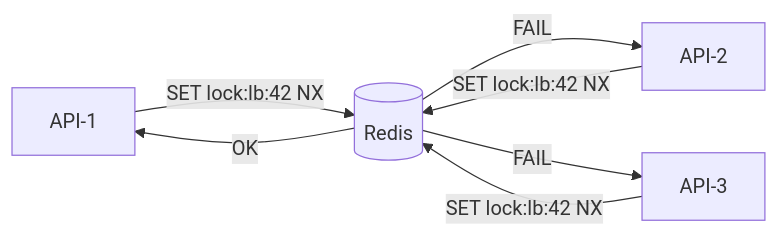
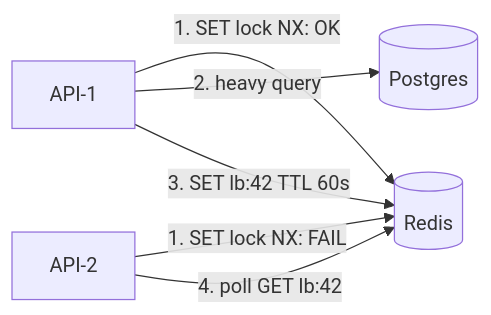
One commit to aaryan-pradhan/core-cs-fundamentals changed the diagram in hld/11-cache-patterns-and-problems.md. Above: the diagram before and after it, drawn with Mermaid. The commit also changed other lines of this file, not shown here.

````diff
--- a/hld/11-cache-patterns-and-problems.md
+++ b/hld/11-cache-patterns-and-problems.md
@@ -165,9 +35,8 @@
 ```mermaid
 flowchart LR
-    A1["API-1"] -->|"SET lock:lb:42 NX"| R[("Redis")]
-    R -->|"OK"| A1
-    A2["API-2"] -->|"SET lock:lb:42 NX"| R
-    R -->|"FAIL"| A2
-    A3["API-3"] -->|"SET lock:lb:42 NX"| R
-    R -->|"FAIL"| A3
+    A1["API-1"] -->|"1. SET lock NX: OK"| R[("Redis")]
+    A2["API-2"] -->|"1. SET lock NX: FAIL"| R
+    A1 -->|"2. heavy query"| P[("Postgres")]
+    A1 -->|"3. SET lb:42 TTL 60s"| R
+    A2 -->|"4. poll GET lb:42"| R
 ```
````
